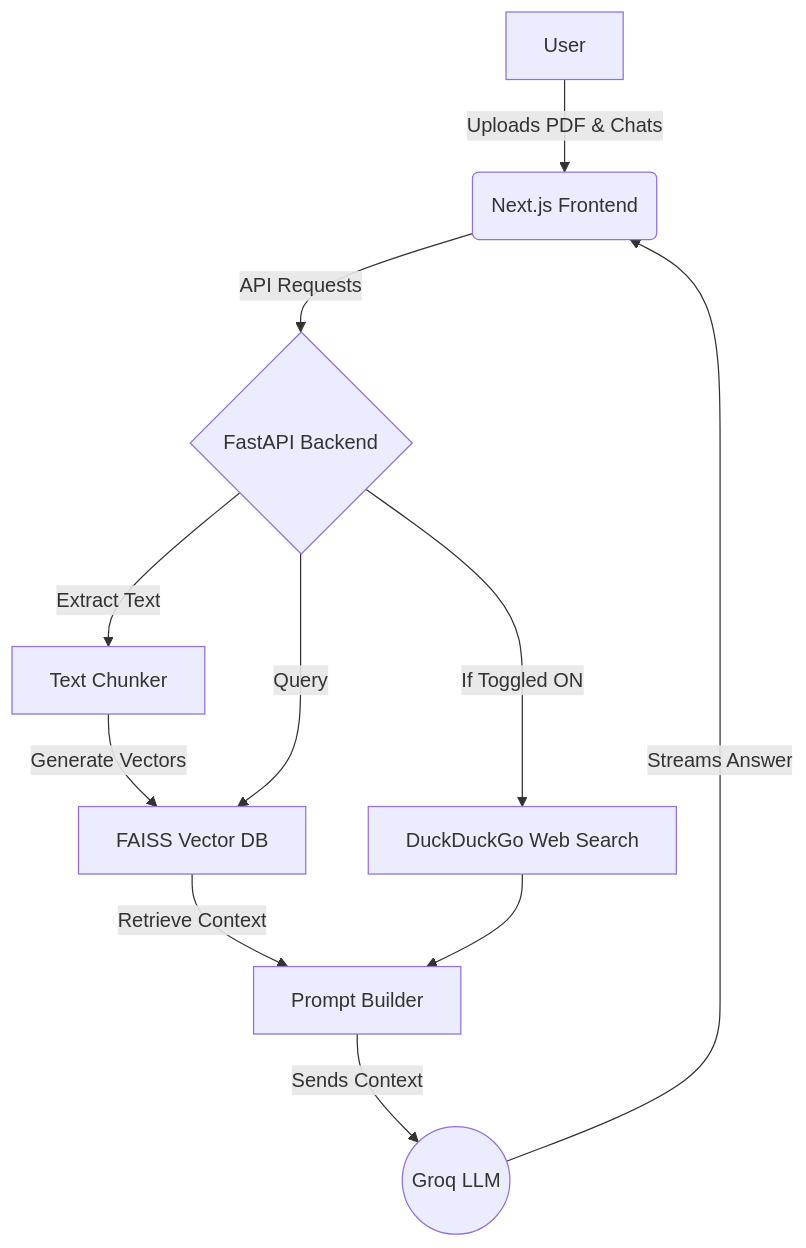
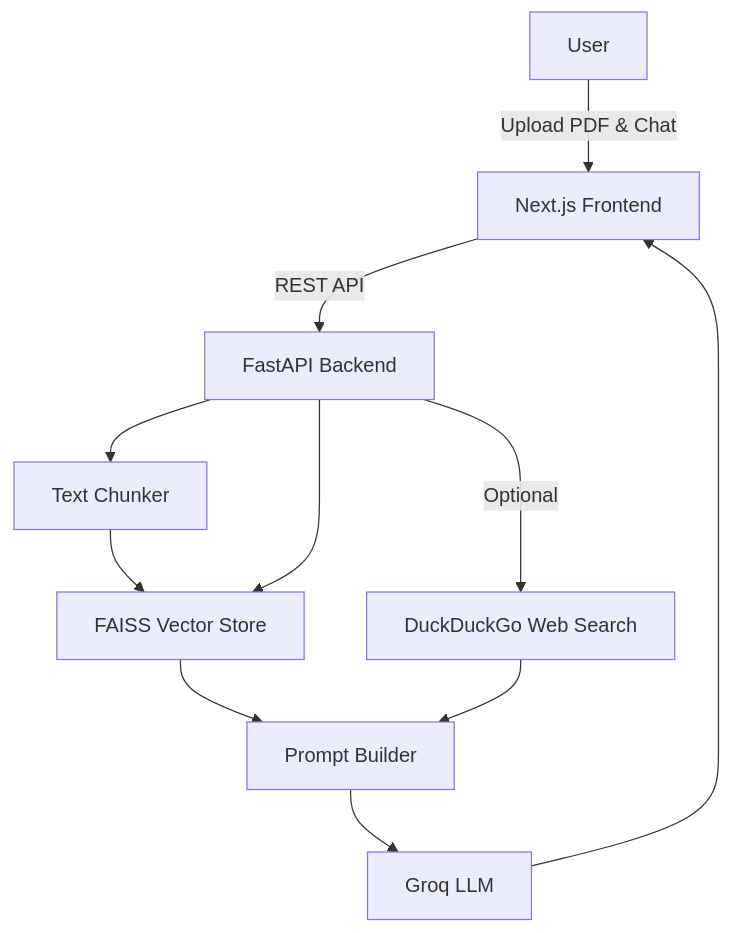
One commit to AryanSing833/ML_plateform changed the first of 2 diagrams in README.md. Above: the diagram before and after it, drawn with Mermaid. The commit also changed other lines of this file and 36 other files, not shown here.

````diff
--- a/README.md
+++ b/README.md
@@ -24,17 +25,13 @@
 ```mermaid
 graph TD
-    A[User] -->|Uploads PDF & Chats| B(Next.js Frontend)
-    B -->|API Requests| C{FastAPI Backend}
-    
-    C -->|Extract Text| D[Text Chunker]
-    D -->|Generate Vectors| E[FAISS Vector DB]
-    
-    C -->|Query| E
-    E -->|Retrieve Context| F[Prompt Builder]
-    
-    C -->|If Toggled ON| G[DuckDuckGo Web Search]
+    A[User] -->|Upload PDF & Chat| B[Next.js Frontend]
+    B -->|REST API| C[FastAPI Backend]
+    C --> D[Text Chunker]
+    D --> E[FAISS Vector Store]
+    C --> E
+    E --> F[Prompt Builder]
+    C -->|Optional| G[DuckDuckGo Web Search]
     G --> F
-    
-    F -->|Sends Context| H((Groq LLM))
-    H -->|Streams Answer| B
+    F --> H[Groq LLM]
+    H --> B
 ```
````
